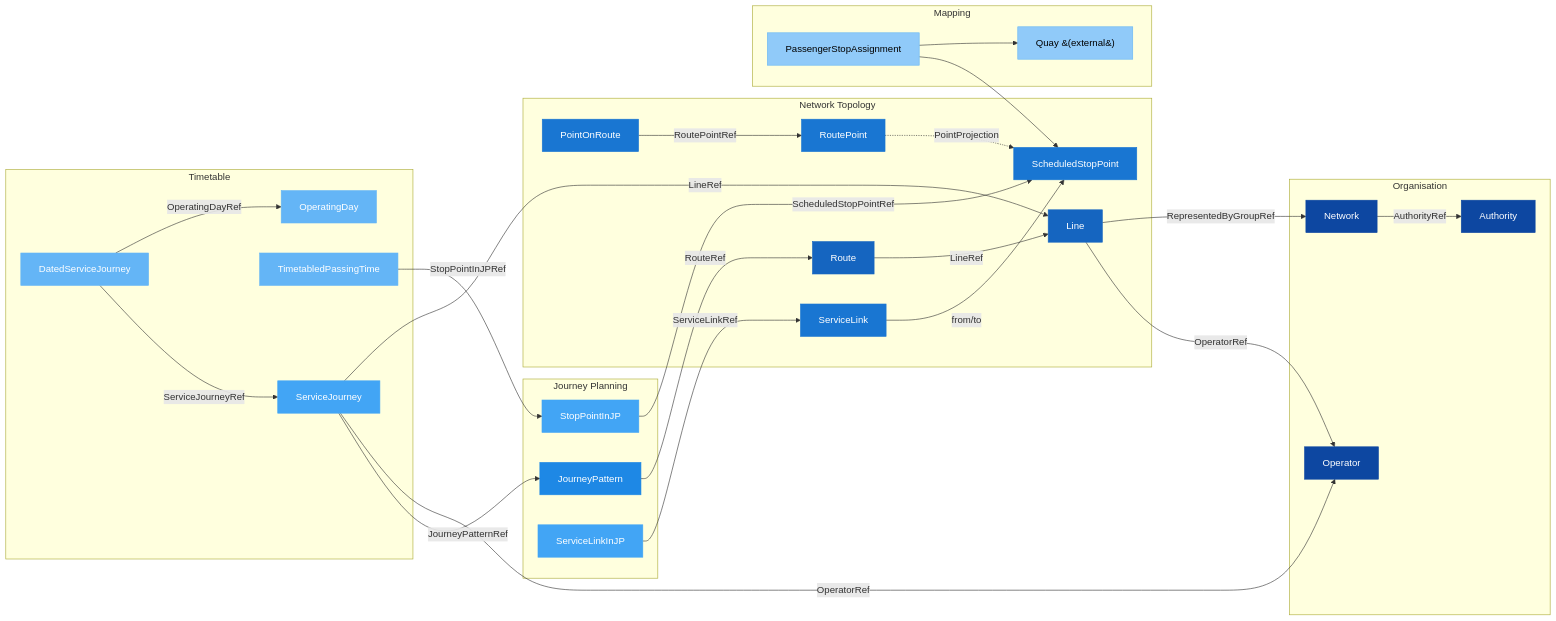
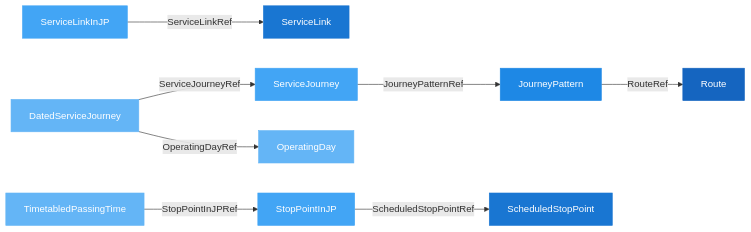
The seventh of 7 diagrams in Guides/NetworkTimetable/NetworkTimetable_Guide.md (hfjelstad/NeTEx_UIC_Migration), drawn with Mermaid before and after one commit. The commit also changed other lines of this file, not shown here.

Commit message:
Sync NetworkTimetable guide and index.html from EnSide
- 3 focused Mermaid diagrams for Reference Chain
- All flexible alerts and tabs
- No PlantUML plugin (removed)

````diff
--- a/Guides/NetworkTimetable/NetworkTimetable_Guide.md
+++ b/Guides/NetworkTimetable/NetworkTimetable_Guide.md
@@ -209,73 +245,21 @@
 ```mermaid
 graph LR
-    subgraph Organisation
-        AUTH["Authority"]
-        OPR["Operator"]
-        NET["Network"]
-    end
+    JP["JourneyPattern"] -->|RouteRef| RT["Route"]
+    SPJP["StopPointInJP"] -->|ScheduledStopPointRef| SSP["ScheduledStopPoint"]
+    SLJP["ServiceLinkInJP"] -->|ServiceLinkRef| SLK["ServiceLink"]
+    SJ["ServiceJourney"] -->|JourneyPatternRef| JP
+    TPT["TimetabledPassingTime"] -->|StopPointInJPRef| SPJP
+    DSJ["DatedServiceJourney"] -->|ServiceJourneyRef| SJ
+    DSJ -->|OperatingDayRef| OD["OperatingDay"]
 
-    subgraph Network Topology
-        LN["Line"]
-        RT["Route"]
-        POR["PointOnRoute"]
-        RPT["RoutePoint"]
-        SSP["ScheduledStopPoint"]
-        SLK["ServiceLink"]
-    end
-
-    subgraph Journey Planning
-        JP["JourneyPattern"]
-        SPJP["StopPointInJP"]
-        SLJP["ServiceLinkInJP"]
-    end
-
-    subgraph Timetable
-        SJ["ServiceJourney"]
-        TPT["TimetabledPassingTime"]
-        DSJ["DatedServiceJourney"]
-        OD["OperatingDay"]
-    end
-
-    subgraph Mapping
-        PSA["PassengerStopAssignment"]
-        QY["Quay &#40;external&#41;"]
-    end
-
-    LN -->|OperatorRef| OPR
-    LN -->|RepresentedByGroupRef| NET
-    NET -->|AuthorityRef| AUTH
-    RT -->|LineRef| LN
-    POR -->|RoutePointRef| RPT
-    RPT -.->|PointProjection| SSP
-    JP -->|RouteRef| RT
-    SPJP -->|ScheduledStopPointRef| SSP
-    SLJP -->|ServiceLinkRef| SLK
-    SLK -->|from/to| SSP
-    SJ -->|JourneyPatternRef| JP
-    SJ -->|OperatorRef| OPR
-    SJ -->|LineRef| LN
-    TPT -->|StopPointInJPRef| SPJP
-    DSJ -->|ServiceJourneyRef| SJ
-    DSJ -->|OperatingDayRef| OD
-    PSA --> SSP
-    PSA --> QY
-
-    style AUTH fill:#0D47A1,stroke:#0D47A1,color:#fff
-    style OPR fill:#0D47A1,stroke:#0D47A1,color:#fff
-    style NET fill:#0D47A1,stroke:#0D47A1,color:#fff
-    style LN fill:#1565C0,stroke:#1565C0,color:#fff
+    style JP fill:#1E88E5,stroke:#1E88E5,color:#fff
     style RT fill:#1565C0,stroke:#1565C0,color:#fff
-    style POR fill:#1976D2,stroke:#1976D2,color:#fff
-    style RPT fill:#1976D2,stroke:#1976D2,color:#fff
+    style SPJP fill:#42A5F5,stroke:#42A5F5,color:#fff
+    style SLJP fill:#42A5F5,stroke:#42A5F5,color:#fff
     style SSP fill:#1976D2,stroke:#1976D2,color:#fff
     style SLK fill:#1976D2,stroke:#1976D2,color:#fff
-    style JP fill:#1E88E5,stroke:#1E88E5,color:#fff
-    style SPJP fill:#42A5F5,stroke:#42A5F5,color:#fff
-    style SLJP fill:#42A5F5,stroke:#42A5F5,color:#fff
     style SJ fill:#42A5F5,stroke:#42A5F5,color:#fff
     style TPT fill:#64B5F6,stroke:#64B5F6,color:#fff
     style DSJ fill:#64B5F6,stroke:#64B5F6,color:#fff
     style OD fill:#64B5F6,stroke:#64B5F6,color:#fff
-    style PSA fill:#90CAF9,stroke:#64B5F6,color:#000
-    style QY fill:#90CAF9,stroke:#64B5F6,color:#000
 ```
````
